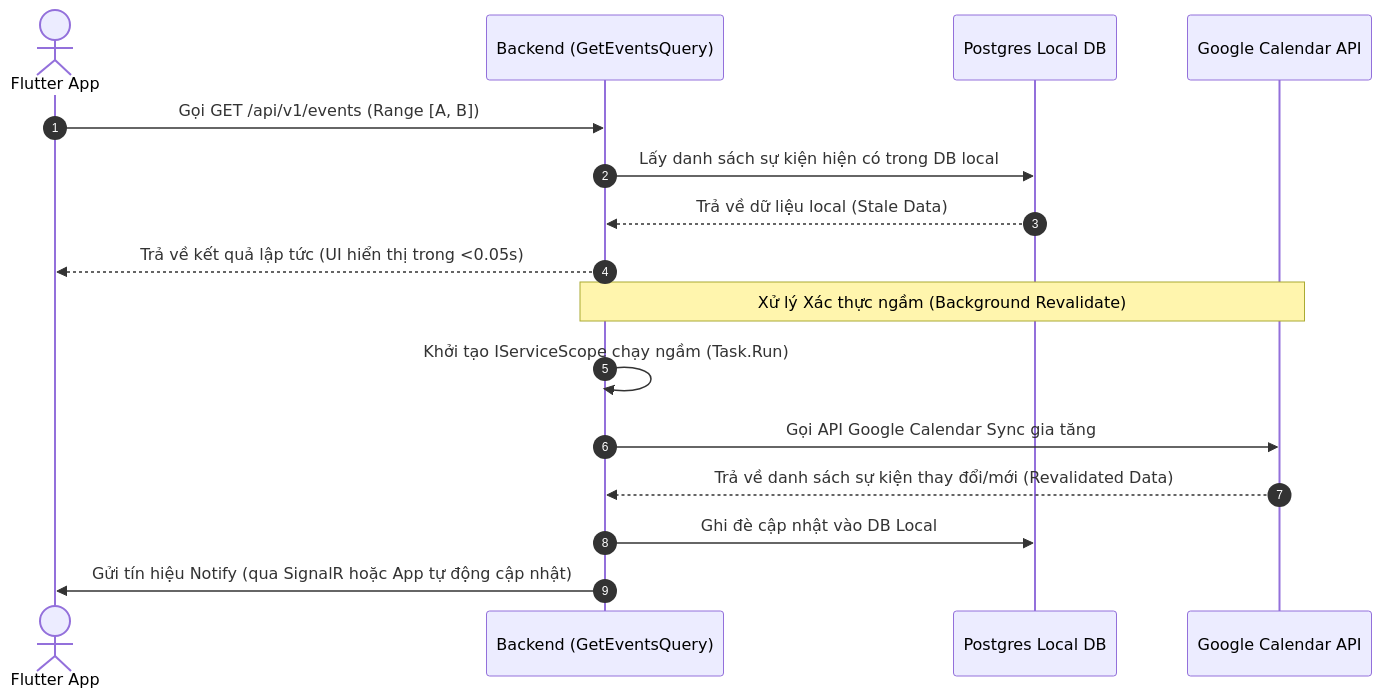
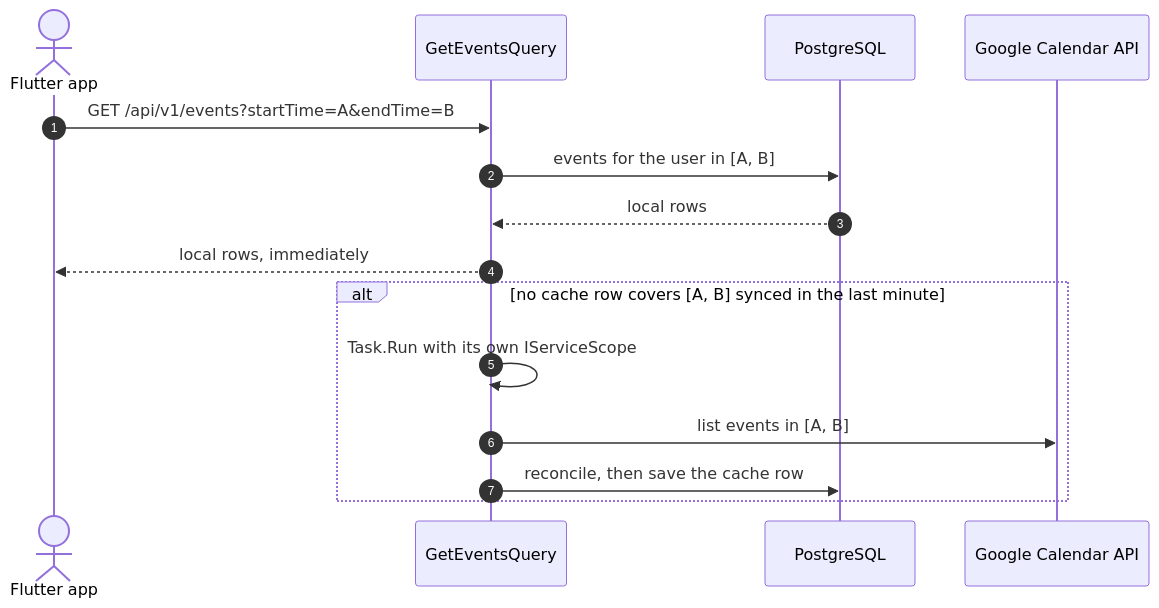
The diagram in docs/stale-while-revalidate-sync.md (jessiicamaru/events-management), drawn with Mermaid before and after one commit. The commit also changed other lines of this file and 8 other files, not shown here.

````diff
--- a/docs/stale-while-revalidate-sync.md
+++ b/docs/stale-while-revalidate-sync.md
@@ -20,20 +24,18 @@
 ```mermaid
 sequenceDiagram
     autonumber
-    actor Client as Flutter App
-    participant API as Backend (GetEventsQuery)
-    participant DB as Postgres Local DB
+    actor App as Flutter app
+    participant API as GetEventsQuery
+    participant DB as PostgreSQL
     participant Google as Google Calendar API
 
-    Client->>API: Gọi GET /api/v1/events (Range [A, B])
-    API->>DB: Lấy danh sách sự kiện hiện có trong DB local
-    DB-->>API: Trả về dữ liệu local (Stale Data)
-    API-->>Client: Trả về kết quả lập tức (UI hiển thị trong <0.05s)
-
-    Note over API, Google: Xử lý Xác thực ngầm (Background Revalidate)
-    API->>API: Khởi tạo IServiceScope chạy ngầm (Task.Run)
-    API->>Google: Gọi API Google Calendar Sync gia tăng
-    Google-->>API: Trả về danh sách sự kiện thay đổi/mới (Revalidated Data)
-    API->>DB: Ghi đè cập nhật vào DB Local
-    API->>Client: Gửi tín hiệu Notify (qua SignalR hoặc App tự động cập nhật)
+    App->>API: GET /api/v1/events?startTime=A&endTime=B
+    API->>DB: events for the user in [A, B]
+    DB-->>API: local rows
+    API-->>App: local rows, immediately
+    alt no cache row covers [A, B] synced in the last minute
+        API->>API: Task.Run with its own IServiceScope
+        API->>Google: list events in [A, B]
+        API->>DB: reconcile, then save the cache row
+    end
 ```
````
